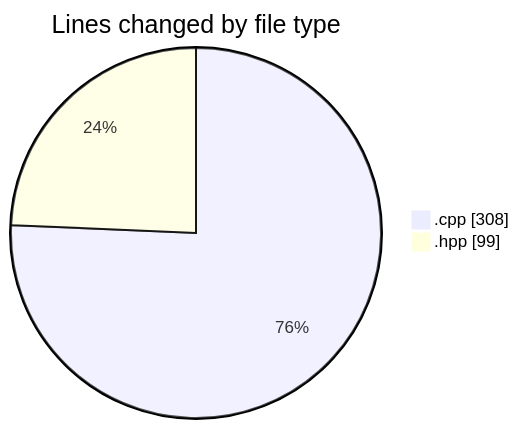
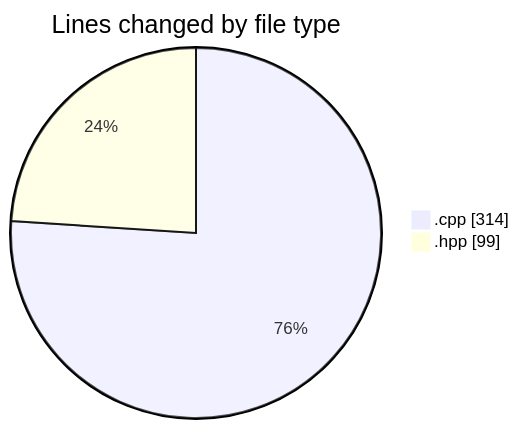
Before and after one commit to Netris89/code-tracking: the first of 2 diagrams in 2025-04-24/echo/README.md, drawn with Mermaid. The commit also changed other lines of this file and 1 other file, not shown here.

````diff
--- a/2025-04-24/echo/README.md
+++ b/2025-04-24/echo/README.md
@@ -21,6 +21,6 @@
 ```mermaid
 pie showData
 title Lines changed by file type
-".cpp" : 308
+".cpp" : 314
 ".hpp" : 99
 ```
````
